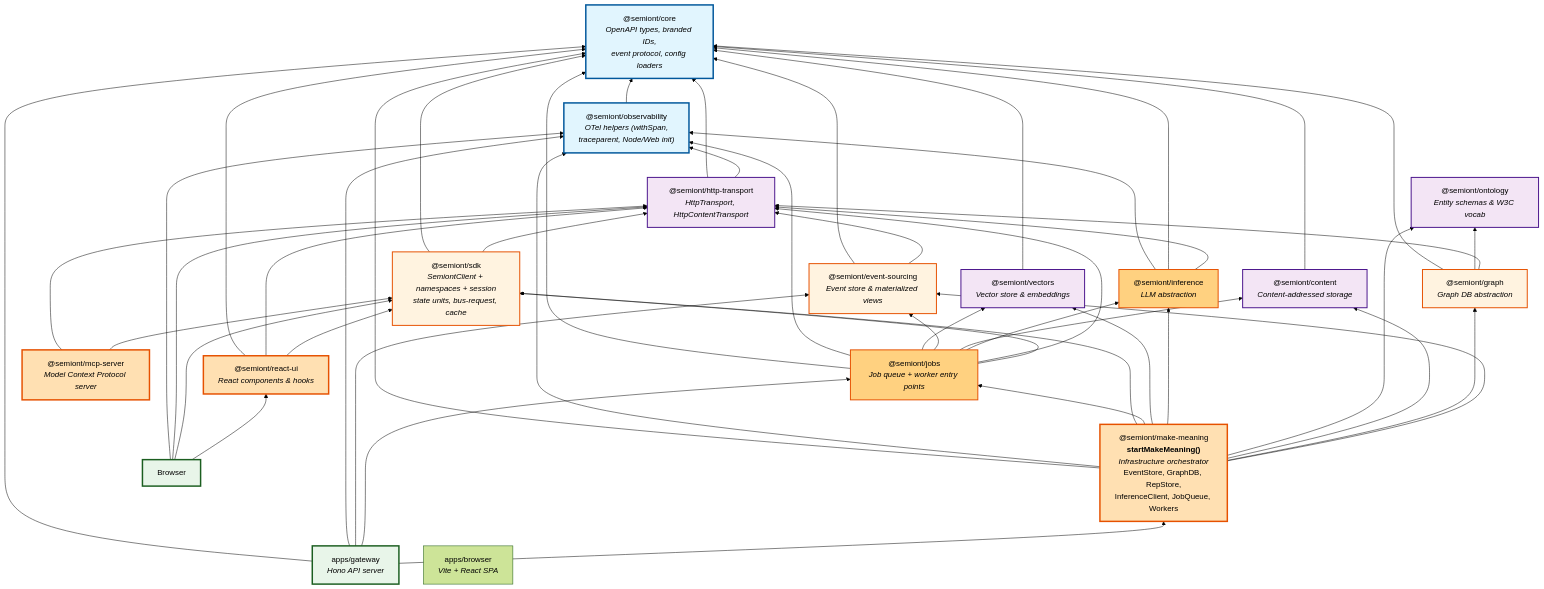
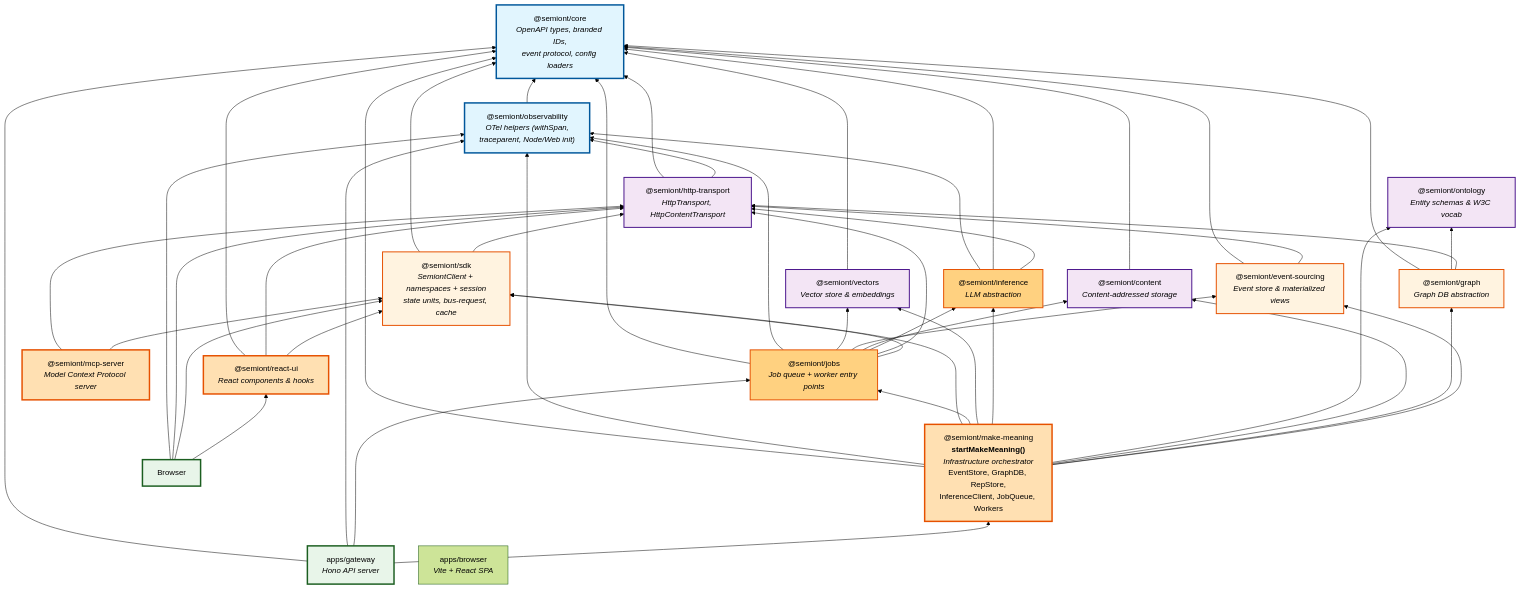
One commit to The-AI-Alliance/semiont changed the diagram in docs/system/PACKAGE-ARCHITECTURE.md. Above: the diagram before and after it, drawn with Mermaid (forest theme). The commit also changed other lines of this file and 24 other files, not shown here.

```diff
--- a/docs/system/PACKAGE-ARCHITECTURE.md
+++ b/docs/system/PACKAGE-ARCHITECTURE.md
@@ -39,7 +39,6 @@
     %% Application dependencies
     gateway --> meaning
     gateway --> jobs
-    gateway --> event
     gateway --> obs
     gateway --> core
     Browser --> react
```
